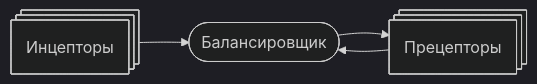
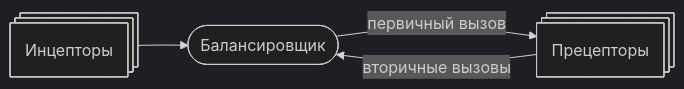
One commit to johnthesmith/scraps changed the third of 4 diagrams in ru/siama.md. Above: the diagram before and after it, drawn with Mermaid (dark theme). The commit also changed other lines of this file, not shown here.

````diff
--- a/ru/siama.md
+++ b/ru/siama.md
@@ -90,8 +90,8 @@
 ```mermaid
 flowchart LR
     balancer([ Балансировщик ])
     inceptor([Инцепторы])@{ shape: processes }
     preceptor([Прецепторы])@{ shape: processes }
 
-    inceptor --> balancer --> preceptor --> balancer
+    inceptor --> balancer --> |первичный вызов| preceptor --> |вторичные вызовы| balancer
 ```
````
